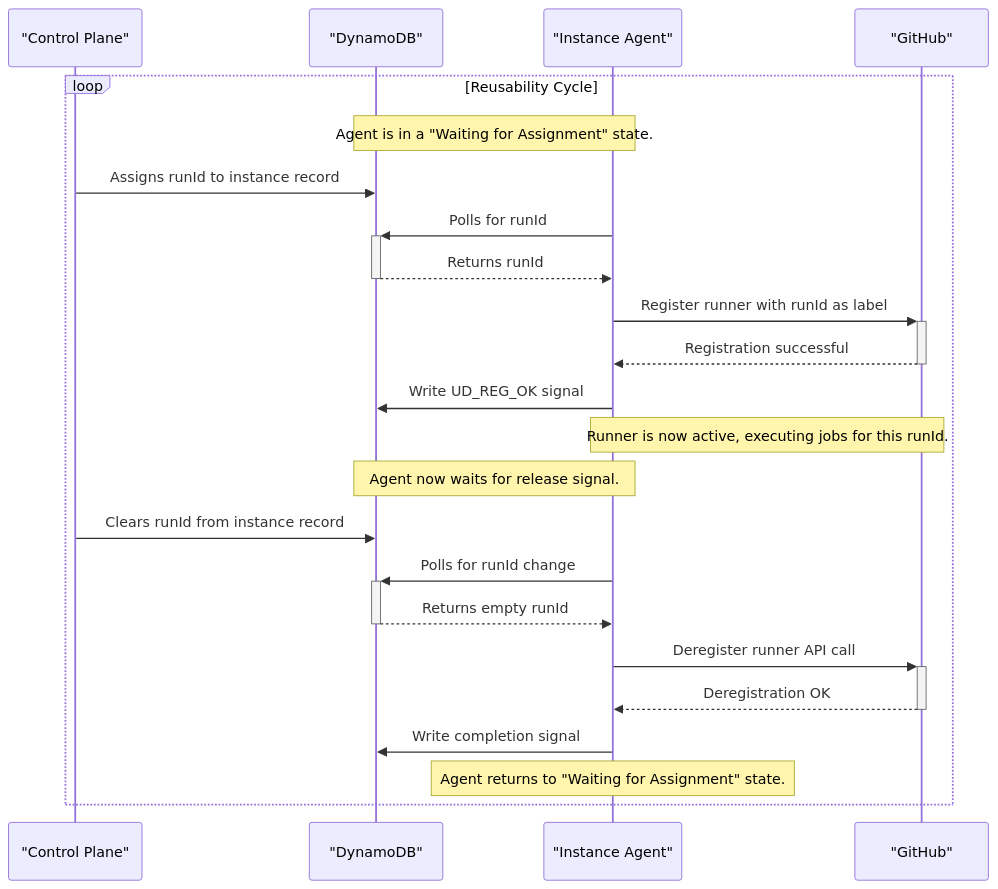
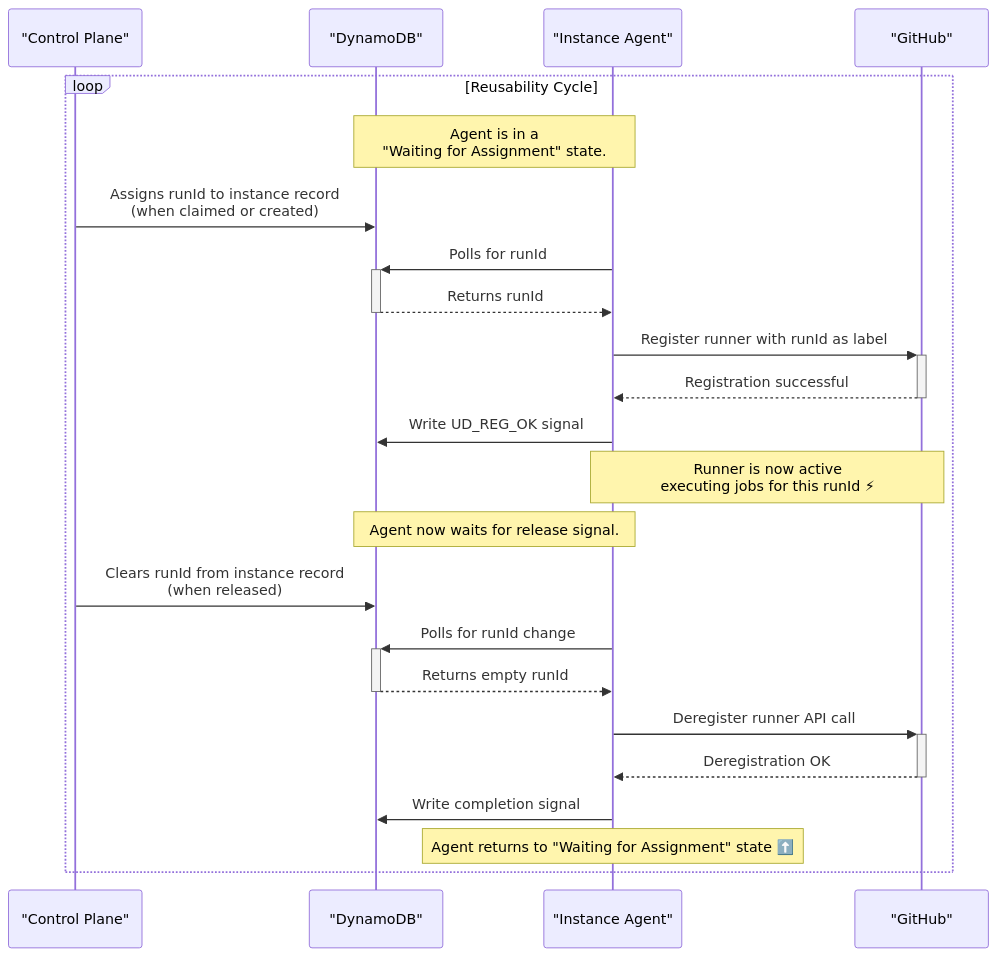
One commit to fleet-actions/ec2-runner-pool-manager changed the diagram in docs/architecture/instance-initialization.md. Above: the diagram before and after it, drawn with Mermaid. The commit also changed other lines of this file and 6 other files, not shown here.

Commit message:
docs(architecture): update instance initialization documentation

````diff
--- a/docs/architecture/instance-initialization.md
+++ b/docs/architecture/instance-initialization.md
@@ -25,33 +25,33 @@
 ```mermaid
 sequenceDiagram
     participant CP as "Control Plane"
     participant DDB as "DynamoDB"
     participant Agent as "Instance Agent"
     participant GH as "GitHub"
 
     loop Reusability Cycle
         %% Part 1: Wait for Assignment and Register %%
-        Note over Agent, DDB: Agent is in a "Waiting for Assignment" state.
-        CP->>DDB: Assigns runId to instance record
+        Note over Agent, DDB: Agent is in a<br>"Waiting for Assignment" state.
+        CP->>DDB: Assigns runId to instance record<br>(when claimed or created)
         Agent->>+DDB: Polls for runId
         DDB-->>-Agent: Returns runId
 
         Agent->>+GH: Register runner with runId as label
         GH-->>-Agent: Registration successful
         Agent->>DDB: Write UD_REG_OK signal
 
         %% Part 2: Execute Job and Wait for Release %%
-        Note over Agent, GH: Runner is now active, executing jobs for this runId.
+        Note over Agent, GH: Runner is now active<br>executing jobs for this runId ⚡
         Note over Agent, DDB: Agent now waits for release signal.
-        CP->>DDB: Clears runId from instance record
+        CP->>DDB: Clears runId from instance record<br>(when released)
 
         Agent->>+DDB: Polls for runId change
         DDB-->>-Agent: Returns empty runId
 
         %% Part 3: Deregister and Cleanup %%
         Agent->>+GH: Deregister runner API call
         GH-->>-Agent: Deregistration OK
         Agent->>DDB: Write completion signal
-        Note over Agent: Agent returns to "Waiting for Assignment" state.
+        Note over Agent: Agent returns to "Waiting for Assignment" state ⬆️
     end
 ```
````
